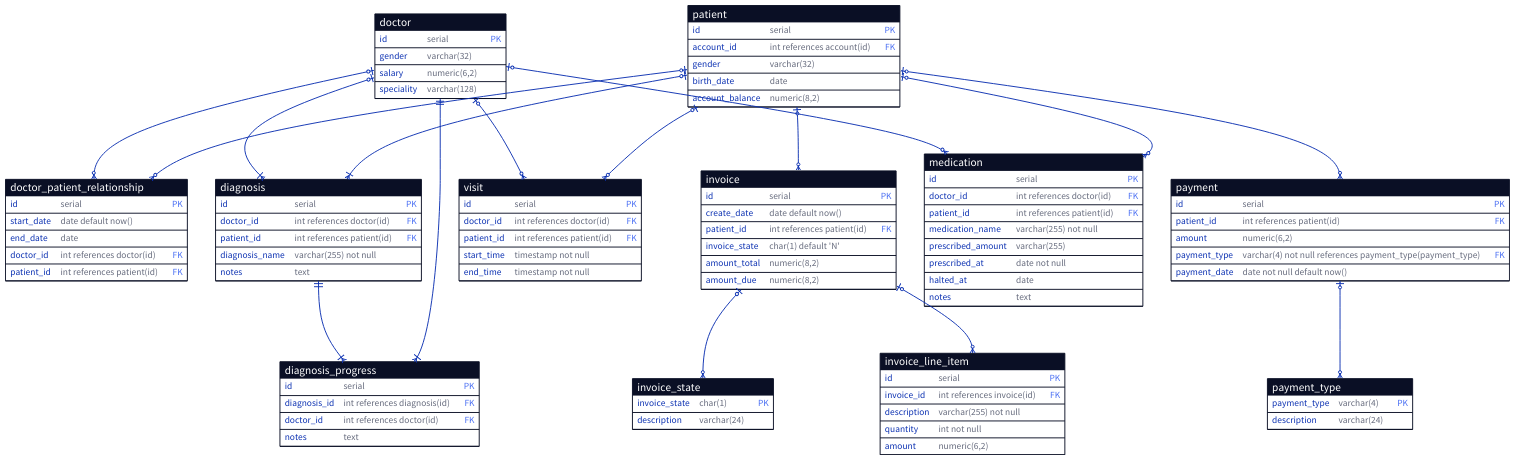
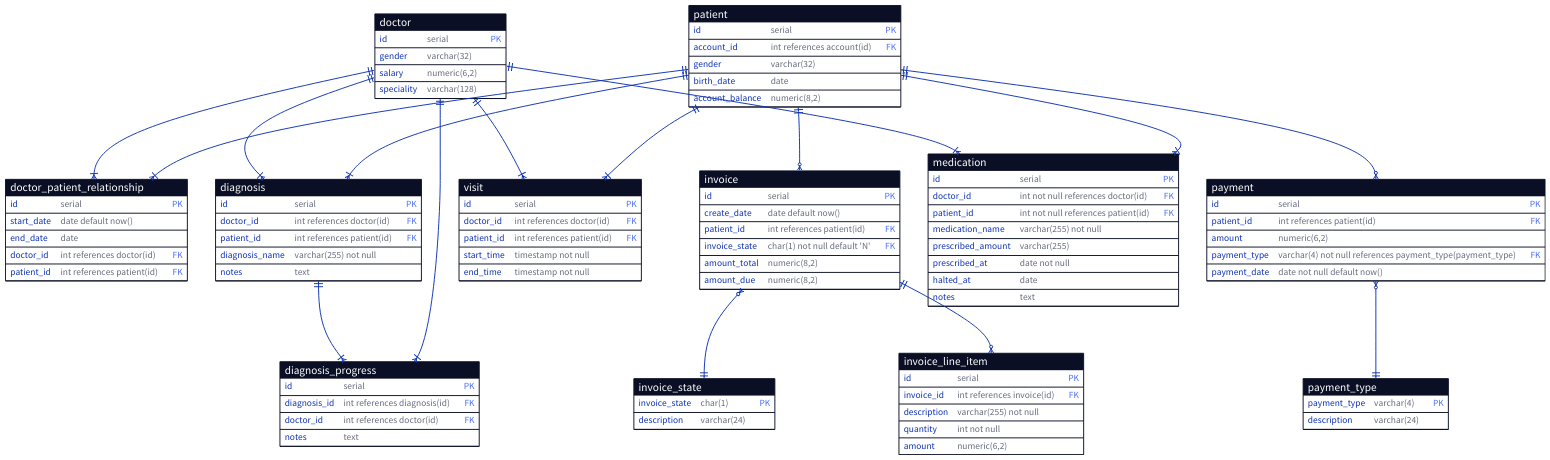
Before and after one commit to timfreund/stevens-teaching-demo: the diagram in diagrams/erd.d2, drawn with D2.

Commit message:
Updated relationships

```diff
--- a/diagrams/erd.d2
+++ b/diagrams/erd.d2
@@ -1,179 +1,179 @@
 
 doctor {
   shape: sql_table
   id: serial {constraint: primary_key}
   gender: varchar(32)
   salary: numeric(6,2)
   speciality: varchar(128)
 }
 
 patient {
   shape: sql_table
   id: serial {constraint: primary_key}
   account_id: int references account(id) {constraint: foreign_key}
   gender: varchar(32)
   birth_date: date
   account_balance: numeric(8,2)
 }
 
 doctor_patient_relationship {
   shape: sql_table
   id: serial {constraint: primary_key}
   start_date: date default now()
   end_date: date
   doctor_id: int references doctor(id) {constraint: foreign_key}
   patient_id: int references patient(id) {constraint: foreign_key}
 }
 
-doctor.id <-> doctor_patient_relationship.doctor_id: {
-  source-arrowhead.shape: cf-one
-  target-arrowhead.shape: cf-many
+doctor <-> doctor_patient_relationship.doctor_id: {
+  source-arrowhead.shape: cf-one-required
+  target-arrowhead.shape: cf-many-required
 }
 
-patient.id <-> doctor_patient_relationship.patient_id: {
-  source-arrowhead.shape: cf-one
-  target-arrowhead.shape: cf-many
+patient <-> doctor_patient_relationship.patient_id: {
+  source-arrowhead.shape: cf-one-required
+  target-arrowhead.shape: cf-many-required
 }
 
 invoice_state{
   shape: sql_table
   invoice_state: char(1) {constraint: primary_key}
   description: varchar(24)
 }
 
 invoice {
   shape: sql_table
   id: serial {constraint: primary_key}
   create_date: date default now()
   patient_id: int references patient(id) {constraint: foreign_key}
-  invoice_state: char(1) default 'N'
+  invoice_state: char(1) not null default 'N'  {constraint: foreign_key}
   amount_total: numeric(8,2)
   amount_due: numeric(8,2)
 }
 
 invoice.invoice_state <-> invoice_state.invoice_state: {
-  source-arrowhead.shape: cf-one
-  target-arrowhead.shape: cf-many
+  source-arrowhead.shape: cf-many
+  target-arrowhead.shape: cf-one-required
 }
 
-patient.id <-> invoice.patient_id: {
-  source-arrowhead.shape: cf-one
+patient <-> invoice.patient_id: {
+  source-arrowhead.shape: cf-one-required
   target-arrowhead.shape: cf-many
 }
 
 invoice_line_item {
   shape: sql_table
   id: serial {constraint: primary_key}
   invoice_id: int references invoice(id) {constraint: foreign_key}
   description: varchar(255) not null
   quantity: int not null
   amount: numeric(6,2)
 }
 
-invoice.id <-> invoice_line_item.invoice_id: {
-  source-arrowhead.shape: cf-one
+invoice <-> invoice_line_item.invoice_id: {
+  source-arrowhead.shape: cf-one-required
   target-arrowhead.shape: cf-many
 }
 
 payment_type{
   shape: sql_table
   payment_type: varchar(4) {constraint: primary_key}
   description: varchar(24)
 }
 
 payment {
   shape: sql_table
   id: serial {constraint: primary_key}
   patient_id: int references patient(id) {constraint: foreign_key}
   amount: numeric(6,2)
   payment_type: varchar(4) not null references payment_type(payment_type) {constraint: foreign_key}
   payment_date: date not null default now()
 }
 
-patient.id <-> payment.patient_id: {
-  source-arrowhead.shape: cf-one
+patient <-> payment.patient_id: {
+  source-arrowhead.shape: cf-one-required
   target-arrowhead.shape: cf-many
 }
 
 payment.payment_type <-> payment_type.payment_type: {
-  source-arrowhead.shape: cf-one
-  target-arrowhead.shape: cf-many
+  source-arrowhead.shape: cf-many
+  target-arrowhead.shape: cf-one-required
 }
 
 visit {
   shape: sql_table
   id: serial {constraint: primary_key}
   doctor_id: int references doctor(id) {constraint: foreign_key}
   patient_id: int references patient(id) {constraint: foreign_key}
   start_time: timestamp not null
   end_time: timestamp not null
 }
 
-doctor.id <-> visit.doctor_id: {
-  source-arrowhead.shape: cf-one
-  target-arrowhead.shape: cf-many
+doctor <-> visit.doctor_id: {
+  source-arrowhead.shape: cf-one-required
+  target-arrowhead.shape: cf-many-required
 }
 
-patient.id <-> visit.patient_id: {
-  source-arrowhead.shape: cf-one
-  target-arrowhead.shape: cf-many
+patient <-> visit.patient_id: {
+  source-arrowhead.shape: cf-one-required
+  target-arrowhead.shape: cf-many-required
 }
 
 diagnosis {
   shape: sql_table
   id: serial {constraint: primary_key}
   doctor_id: int references doctor(id) {constraint: foreign_key}
   patient_id: int references patient(id) {constraint: foreign_key}
   diagnosis_name: varchar(255) not null
   notes: text
 }
 
-doctor.id <-> diagnosis.doctor_id: {
-  source-arrowhead.shape: cf-one
+doctor <-> diagnosis.doctor_id: {
+  source-arrowhead.shape: cf-one-required
   target-arrowhead.shape: cf-many-required
 }
 
-patient.id <-> diagnosis.patient_id: {
-  source-arrowhead.shape: cf-one
+patient <-> diagnosis.patient_id: {
+  source-arrowhead.shape: cf-one-required
   target-arrowhead.shape: cf-many-required
 }
 
 diagnosis_progress {
   shape: sql_table
   id: serial {constraint: primary_key}
   diagnosis_id: int references diagnosis(id) {constraint: foreign_key}
   doctor_id: int references doctor(id) {constraint: foreign_key}
   notes: text
 }
 
-diagnosis.id <-> diagnosis_progress.diagnosis_id: {
+diagnosis <-> diagnosis_progress.diagnosis_id: {
   source-arrowhead.shape: cf-one-required
   target-arrowhead.shape: cf-many-required
 }
 
-doctor.id <-> diagnosis_progress.doctor_id: {
+doctor <-> diagnosis_progress.doctor_id: {
   source-arrowhead.shape: cf-one-required
   target-arrowhead.shape: cf-many-required
 }
 
 medication {
   shape: sql_table
   id: serial {constraint: primary_key}
-  doctor_id: int references doctor(id) {constraint: foreign_key}
-  patient_id: int references patient(id) {constraint: foreign_key}
+  doctor_id: int not null references doctor(id) {constraint: foreign_key}
+  patient_id: int not null references patient(id) {constraint: foreign_key}
   medication_name: varchar(255) not null
   prescribed_amount: varchar(255)
   prescribed_at: date not null
   halted_at: date
   notes: text
 }
 
-doctor.id <-> medication.doctor_id: {
-  source-arrowhead.shape: cf-one
-  target-arrowhead.shape: cf-many
+doctor <-> medication.doctor_id: {
+  source-arrowhead.shape: cf-one-required
+  target-arrowhead.shape: cf-many-required
 }
 
-patient.id <-> medication.patient_id: {
-  source-arrowhead.shape: cf-one
-  target-arrowhead.shape: cf-many
+patient <-> medication.patient_id: {
+  source-arrowhead.shape: cf-one-required
+  target-arrowhead.shape: cf-many-required
 }
```
